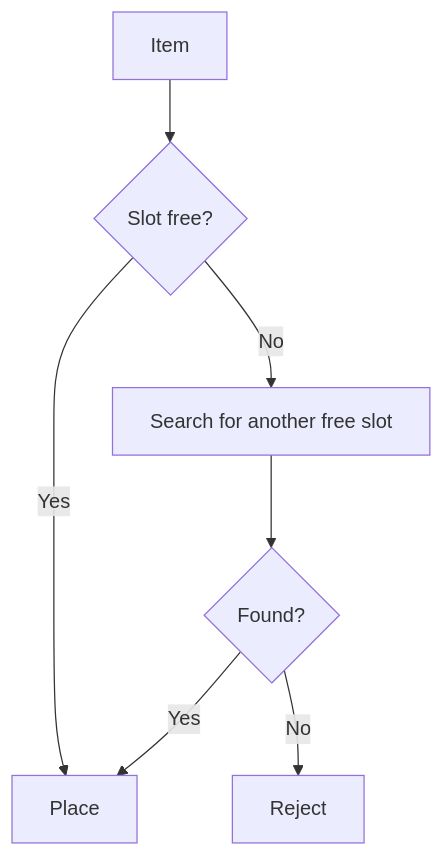
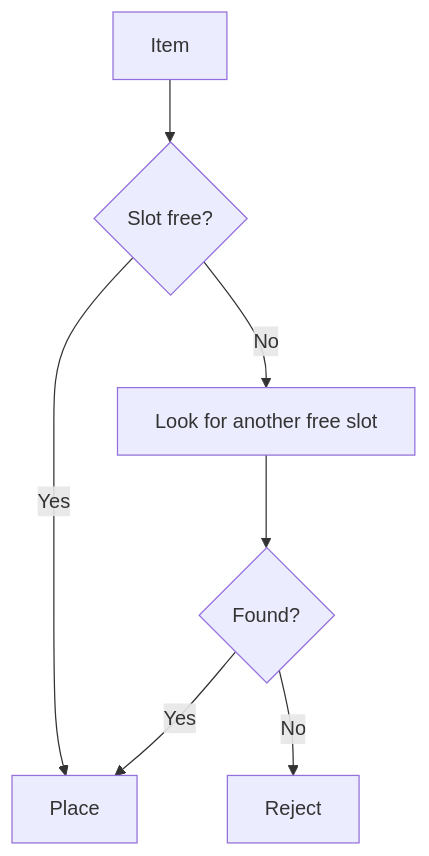
One commit to SergeevSergey99/DragAndDropSystem-Docs changed the second of 4 diagrams in .docs/content/architecture/strategies.en.md. Above: the diagram before and after it, drawn with Mermaid. The commit also changed other lines of this file and 15 other files, not shown here.

````diff
--- a/.docs/content/architecture/strategies.en.md
+++ b/.docs/content/architecture/strategies.en.md
@@ -34,9 +40,9 @@
 ```mermaid
 flowchart TD
     A["Item"] --> B{"Slot free?"}
     B -->|Yes| C["Place"]
-    B -->|No| D["Search for another free slot"]
+    B -->|No| D["Look for another free slot"]
     D --> E{"Found?"}
     E -->|Yes| C
     E -->|No| F["Reject"]
 ```
````
